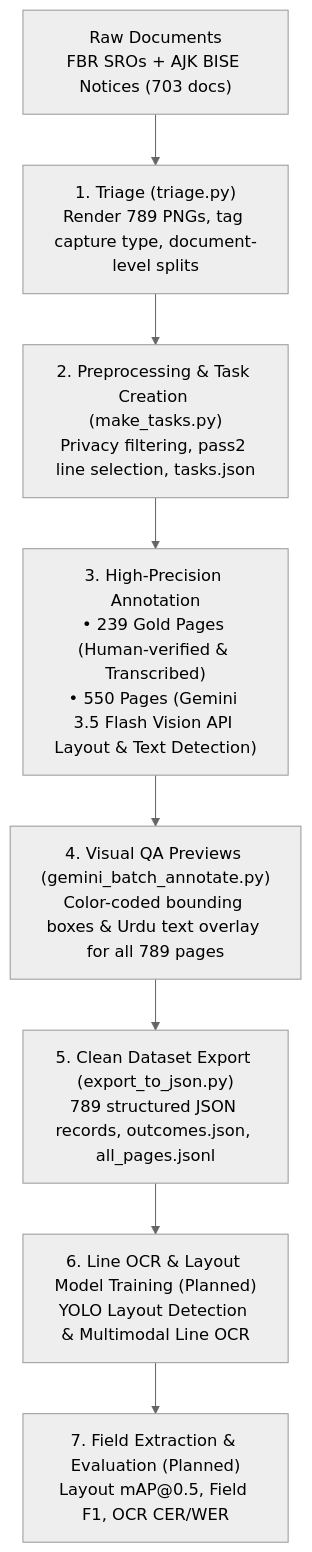
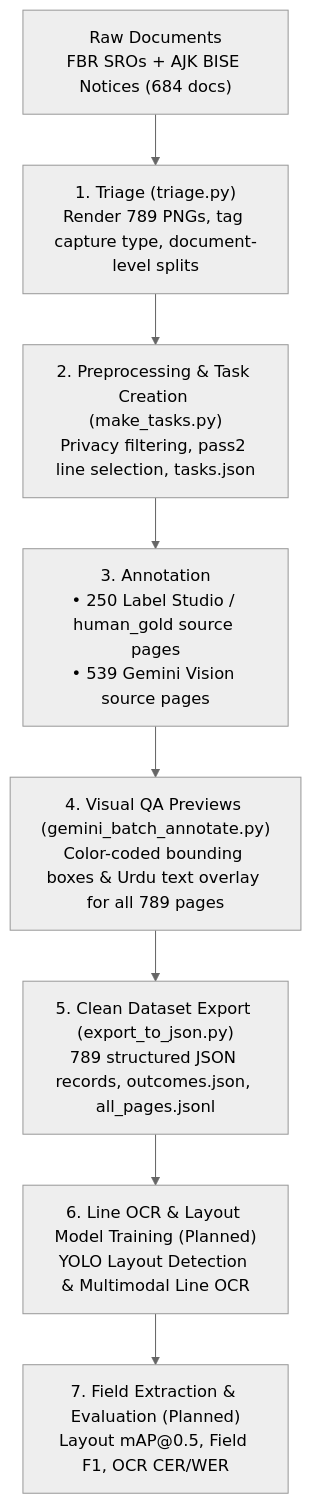
Before and after one commit to AleenaAhmed007/Nastaliq-Document-Intelligence: the diagram in README.md, drawn with Mermaid (neutral theme). The commit also changed other lines of this file and 17 other files, not shown here.

````diff
--- a/README.md
+++ b/README.md
@@ -13,10 +13,10 @@
 ```mermaid
 flowchart TD
-    A["Raw Documents<br/>FBR SROs + AJK BISE Notices (703 docs)"] --> B["1. Triage (triage.py)<br/>Render 789 PNGs, tag capture type, document-level splits"]
+    A["Raw Documents<br/>FBR SROs + AJK BISE Notices (684 docs)"] --> B["1. Triage (triage.py)<br/>Render 789 PNGs, tag capture type, document-level splits"]
     B --> C["2. Preprocessing & Task Creation (make_tasks.py)<br/>Privacy filtering, pass2 line selection, tasks.json"]
-    C --> D["3. High-Precision Annotation<br/>• 239 Gold Pages (Human-verified & Transcribed)<br/>• 550 Pages (Gemini 3.5 Flash Vision API Layout & Text Detection)"]
+    C --> D["3. Annotation<br/>• 250 Label Studio / human_gold source pages<br/>• 539 Gemini Vision source pages"]
     D --> E["4. Visual QA Previews (gemini_batch_annotate.py)<br/>Color-coded bounding boxes & Urdu text overlay for all 789 pages"]
     E --> F["5. Clean Dataset Export (export_to_json.py)<br/>789 structured JSON records, outcomes.json, all_pages.jsonl"]
     F --> G["6. Line OCR & Layout Model Training (Planned)<br/>YOLO Layout Detection & Multimodal Line OCR"]
     G --> H["7. Field Extraction & Evaluation (Planned)<br/>Layout mAP@0.5, Field F1, OCR CER/WER"]
 ```
````
